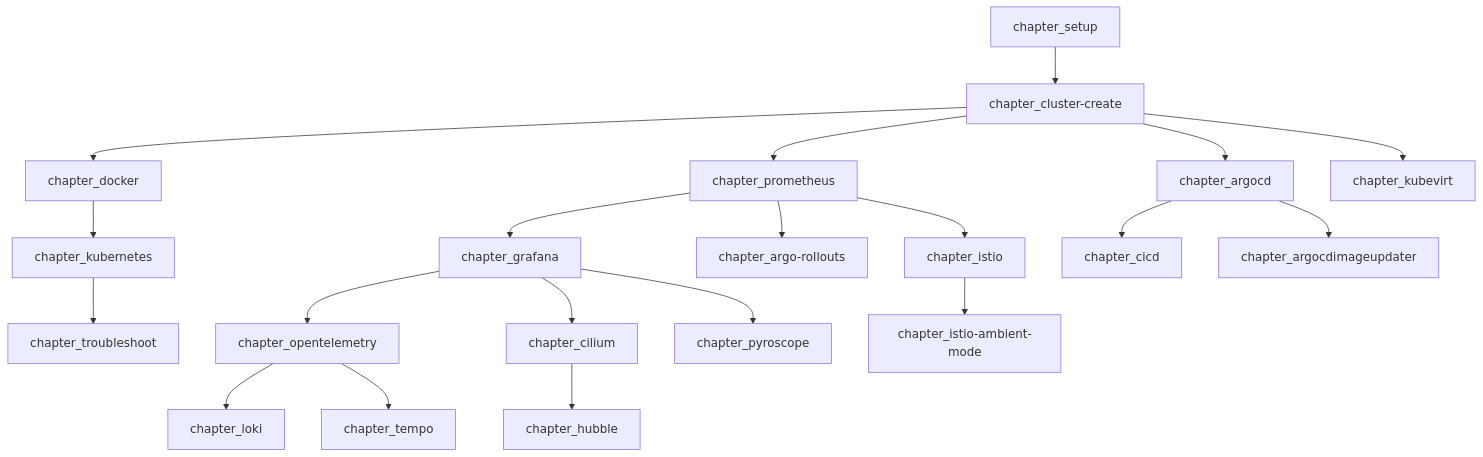
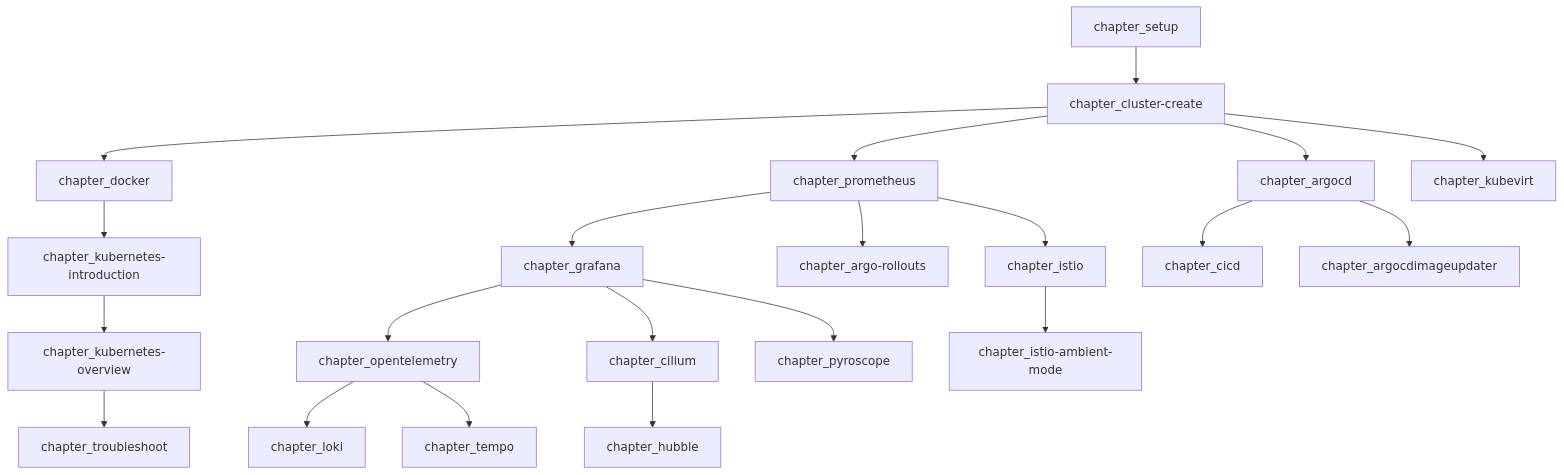
The diagram in README.md (cloudnativedaysjp/cnd-handson), drawn with Mermaid before and after one commit. The commit also changed other lines of this file and 1 other file, not shown here.

Commit message:
fix: リポジトリ内のchapter_kubernetesの表記が残るREADMEを分割に応じて変更

````diff
--- a/README.md
+++ b/README.md
@@ -33,49 +34,51 @@
 ```mermaid
 flowchart TD
     setup[chapter_setup]
     cluster[chapter_cluster-create]
     docker[chapter_docker]
-    k8s[chapter_kubernetes]
+    k8sintro[chapter_kubernetes-introduction]
+    k8soverview[chapter_kubernetes-overview]
     prom[chapter_prometheus]
     grafana[chapter_grafana]
     otel[chapter_opentelemetry]
     argocd[chapter_argocd]
     argocdimageupdater[chapter_argocdimageupdater]
     istio[chapter_istio]
     cilium[chapter_cilium]
     argorollouts[chapter_argo-rollouts]
     istioambient[chapter_istio-ambient-mode]
     hubble[chapter_hubble]
     loki[chapter_loki]
     tempo[chapter_tempo]
     pyroscope[chapter_pyroscope]
     cicd[chapter_cicd]
     troubleshoot[chapter_troubleshoot]
     kubevirt[chapter_kubevirt]
 
     setup-->cluster
     cluster-->docker
-    docker-->k8s
-    k8s-->troubleshoot
+    docker-->k8sintro
+    k8sintro-->k8soverview
+    k8soverview-->troubleshoot
     cluster-->prom
     cluster-->argocd
     cluster-->kubevirt
 
     prom-->grafana
     prom-->argorollouts
     prom-->istio
 
     grafana-->otel
     grafana-->cilium
     grafana-->pyroscope
 
     otel-->loki
     otel-->tempo
 
     cilium-->hubble
 
     istio-->istioambient
 
     argocd-->cicd
     argocd-->argocdimageupdater
 ```
````
